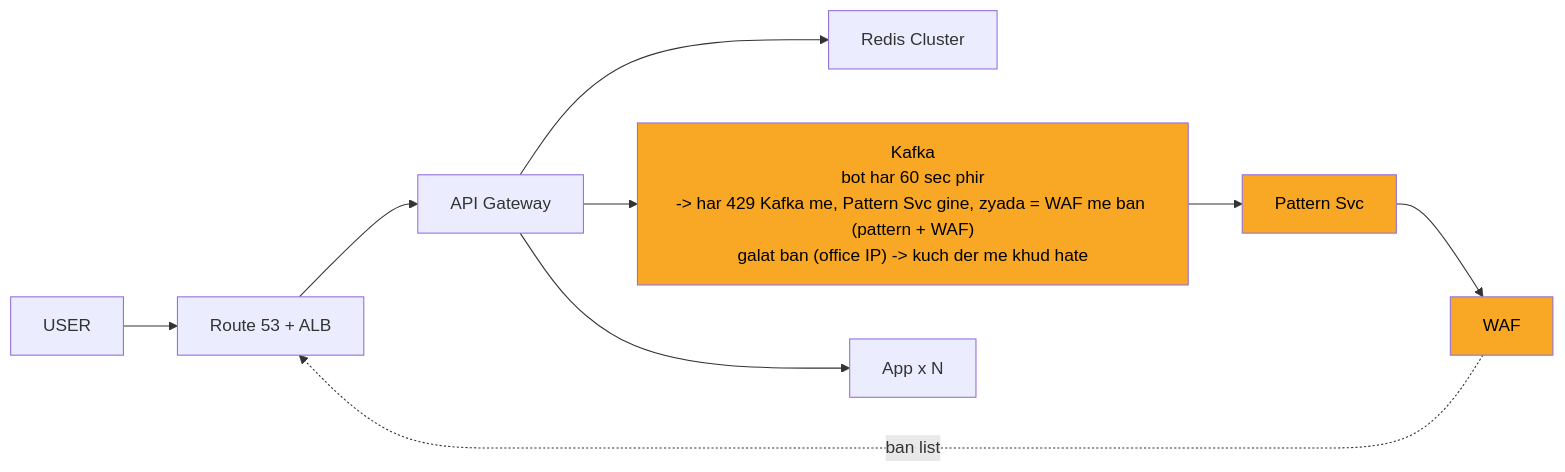
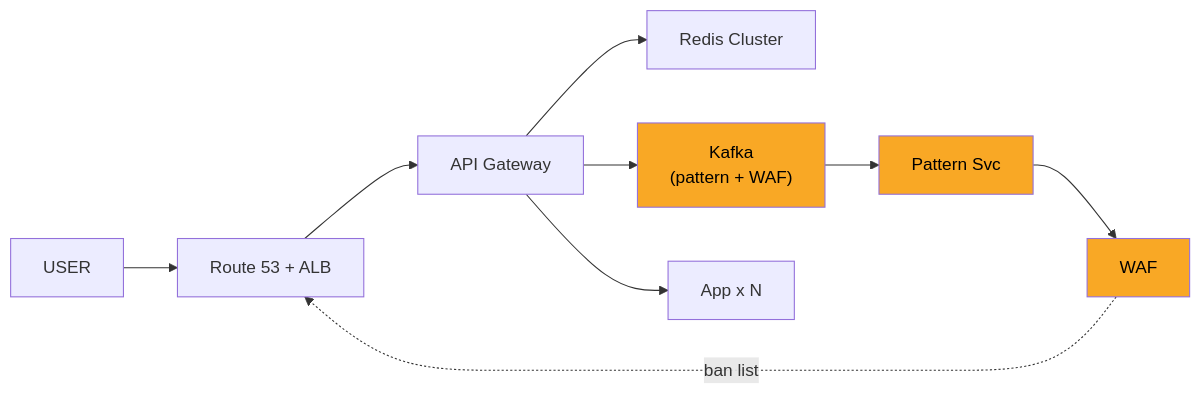
The diagram in 04_HLD/SYSTEM_DESIGNS/02_rate_limiter/img/c6.mmd (ArpanMaheshwari144/Prep), drawn with Mermaid before and after one commit. The commit also changed 28 other files, not shown here.

```diff
--- a/04_HLD/SYSTEM_DESIGNS/02_rate_limiter/img/c6.mmd
+++ b/04_HLD/SYSTEM_DESIGNS/02_rate_limiter/img/c6.mmd
@@ -1,21 +1,21 @@
 %%{init: {"flowchart": {"wrappingWidth": 450}}}%%
 flowchart LR
     n_USER["USER"]
     n_EDGE["Route 53 + ALB"]
     n_API_Gateway["API Gateway"]
     n_Redis_Cluster["Redis Cluster"]
-    n_Kafka["Kafka<br/>bot har 60 sec phir<br/>-> har 429 Kafka me, Pattern Svc gine, zyada = WAF me ban (pattern + WAF)<br/>galat ban (office IP) -> kuch der me khud hate"]
+    n_Kafka["Kafka<br/>(pattern + WAF)"]
     n_Pattern_Svc["Pattern Svc"]
     n_WAF["WAF"]
     n_App_xN["App x N"]
     n_EDGE --> n_API_Gateway
     n_API_Gateway --> n_Redis_Cluster
     n_API_Gateway --> n_App_xN
     n_Kafka --> n_Pattern_Svc
     n_Pattern_Svc --> n_WAF
     n_API_Gateway --> n_Kafka
     n_USER --> n_EDGE
     n_WAF -.->|ban list| n_EDGE
     style n_Kafka fill:#f9a825,color:#000
     style n_Pattern_Svc fill:#f9a825,color:#000
     style n_WAF fill:#f9a825,color:#000
```
